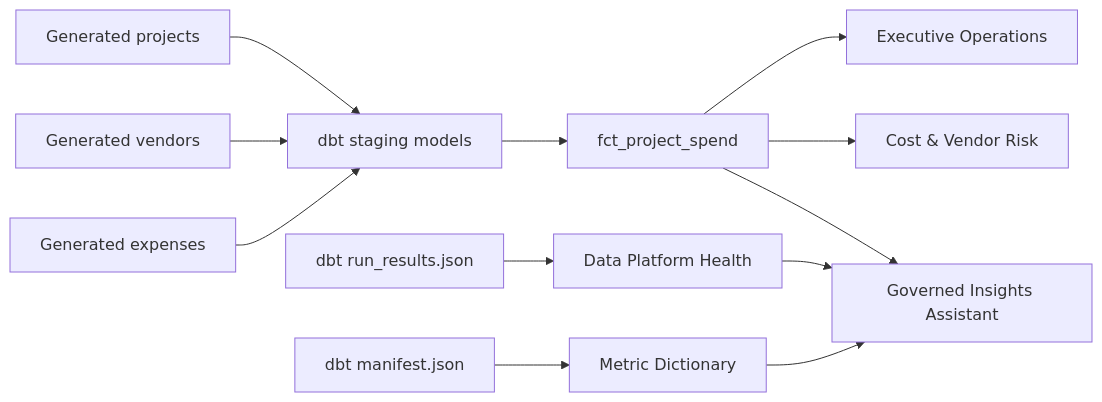
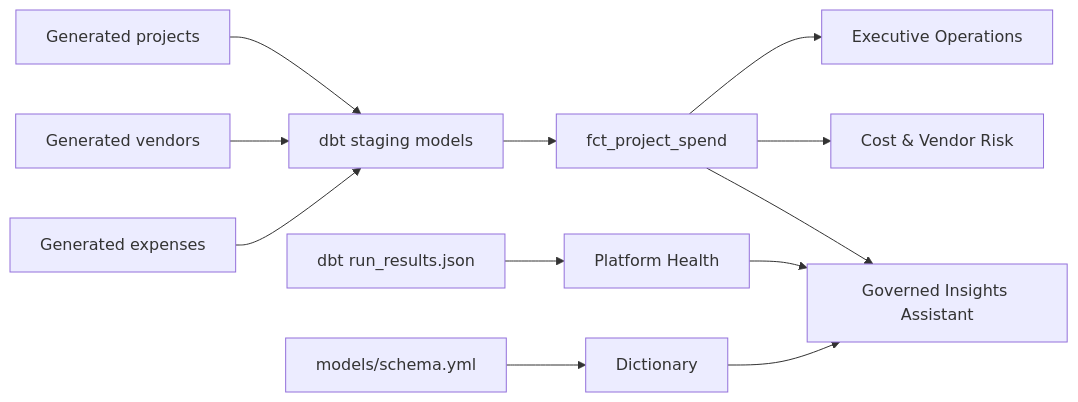
The second of 3 diagrams in docs/CASE_STUDY.md (ravi-rajpurohit-gh/places-ops), drawn with Mermaid before and after one commit. The commit also changed other lines of this file and 7 other files, not shown here.

````diff
--- a/docs/CASE_STUDY.md
+++ b/docs/CASE_STUDY.md
@@ -62,14 +69,14 @@
 ```mermaid
 flowchart LR
     A["Generated projects"] --> D["dbt staging models"]
     B["Generated vendors"] --> D
     C["Generated expenses"] --> D
     D --> E["fct_project_spend"]
     E --> F["Executive Operations"]
     E --> G["Cost & Vendor Risk"]
-    H["dbt run_results.json"] --> I["Data Platform Health"]
-    J["dbt manifest.json"] --> K["Metric Dictionary"]
+    H["dbt run_results.json"] --> I["Platform Health"]
+    J["models/schema.yml"] --> K["Dictionary"]
     E --> L["Governed Insights Assistant"]
     I --> L
     K --> L
 ```
````
